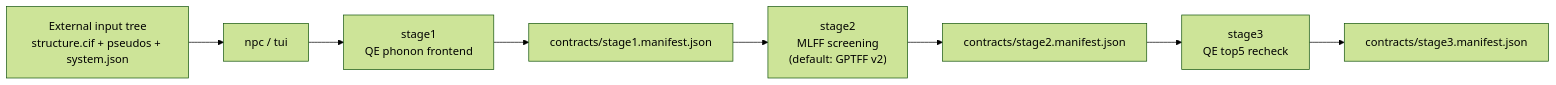
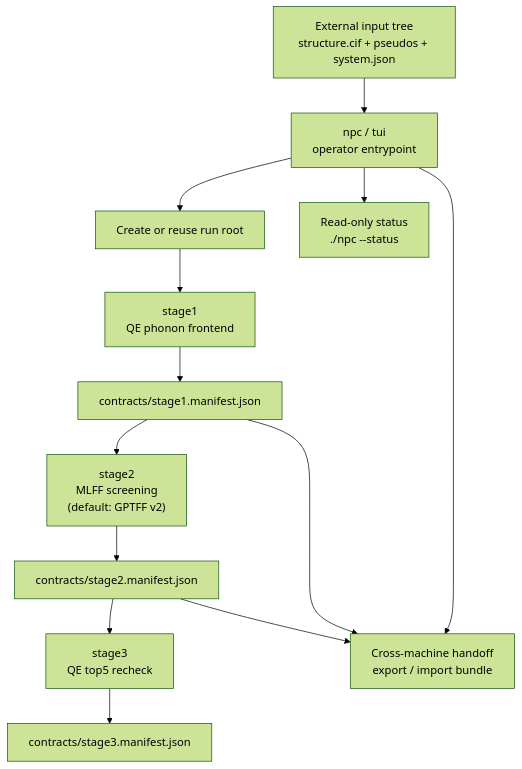
The diagram in README.md (sakuralmt/Nonlinear-Phonon-Calculation), drawn with Mermaid (forest theme) before and after one commit. The commit also changed 1 other file, not shown here.

Commit message:
docs: clarify npc workflow diagram

````diff
--- a/README.md
+++ b/README.md
@@ -449,10 +449,15 @@
 ```mermaid
-flowchart LR
-    A["External input tree\nstructure.cif + pseudos + system.json"] --> B["npc / tui"]
-    B --> C["stage1\nQE phonon frontend"]
-    C --> D["contracts/stage1.manifest.json"]
-    D --> E["stage2\nMLFF screening\n(default: GPTFF v2)"]
-    E --> F["contracts/stage2.manifest.json"]
-    F --> G["stage3\nQE top5 recheck"]
-    G --> H["contracts/stage3.manifest.json"]
+flowchart TB
+    A["External input tree\nstructure.cif + pseudos + system.json"] --> B["npc / tui\noperator entrypoint"]
+    B --> C["Create or reuse run root"]
+    C --> D["stage1\nQE phonon frontend"]
+    D --> E["contracts/stage1.manifest.json"]
+    E --> F["stage2\nMLFF screening\n(default: GPTFF v2)"]
+    F --> G["contracts/stage2.manifest.json"]
+    G --> H["stage3\nQE top5 recheck"]
+    H --> I["contracts/stage3.manifest.json"]
+    B --> J["Read-only status\n./npc --status"]
+    B --> K["Cross-machine handoff\nexport / import bundle"]
+    E --> K
+    G --> K
 ```
````
